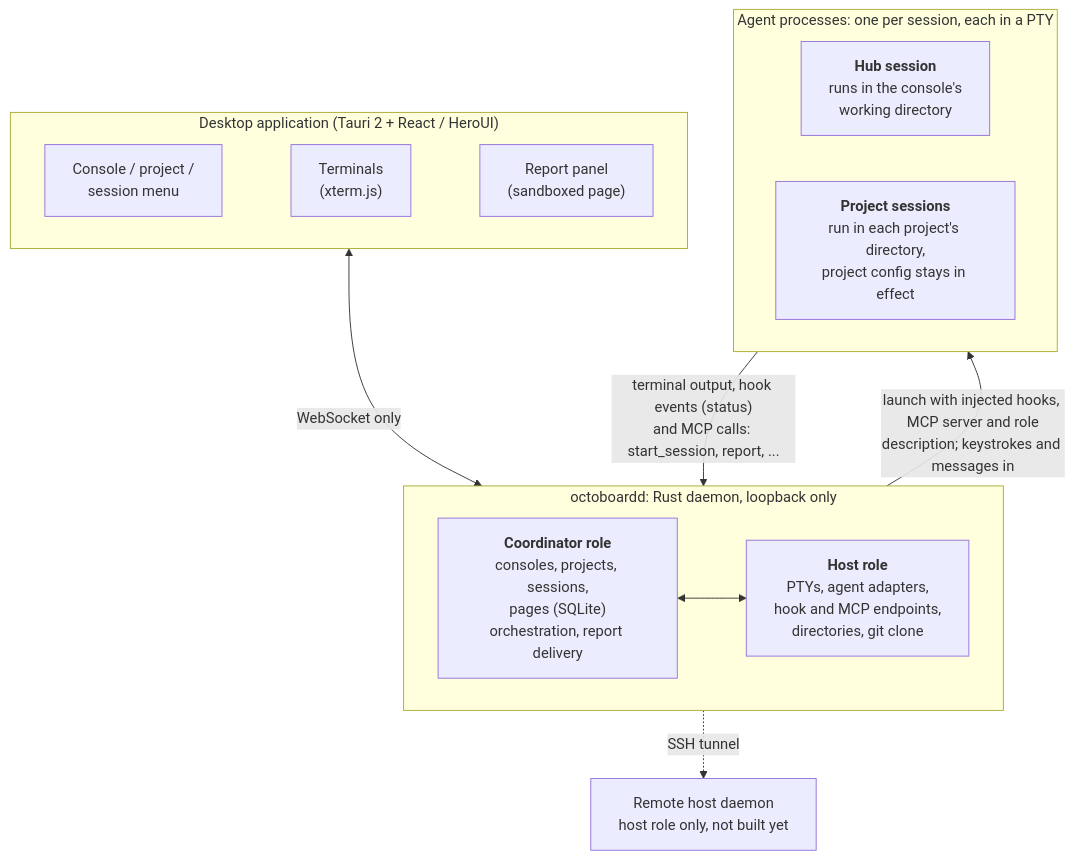
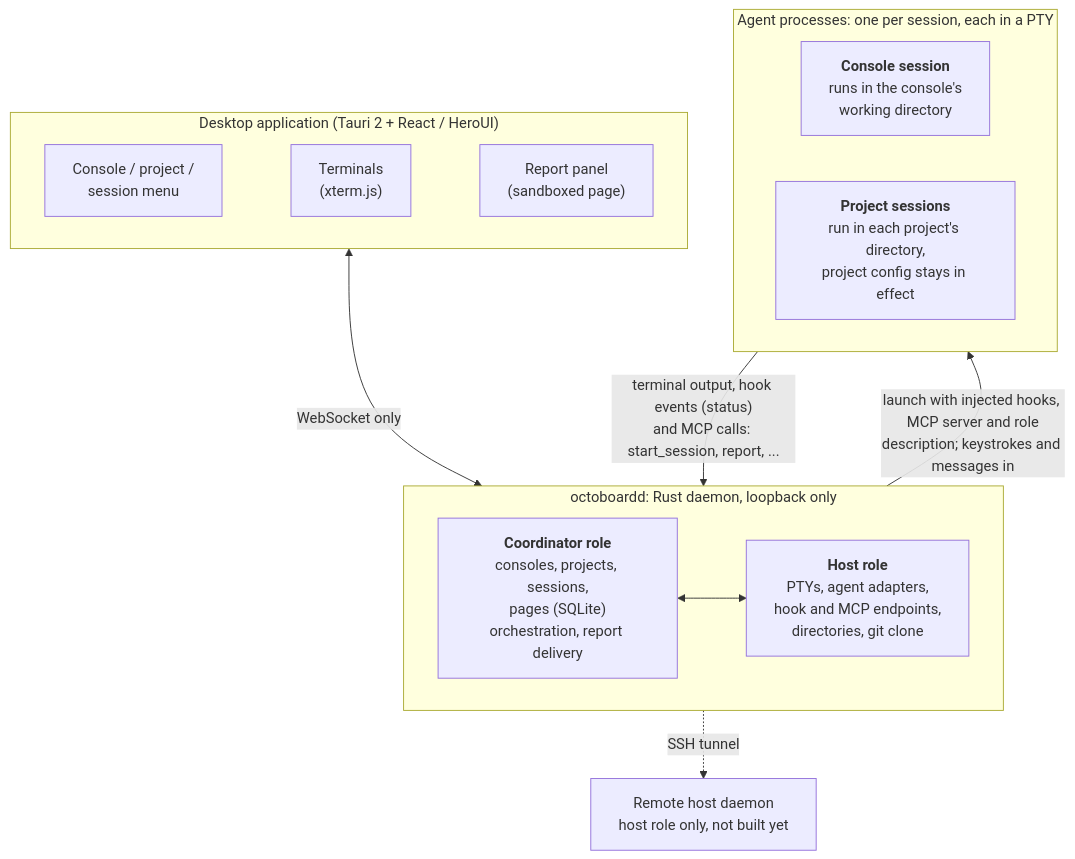
The diagram in README.md (baijunjie/octoboard), drawn with Mermaid before and after one commit. The commit also changed other lines of this file and 67 other files, not shown here.

````diff
--- a/README.md
+++ b/README.md
@@ -38,30 +39,30 @@
 ```mermaid
 flowchart TB
     subgraph App["Desktop application (Tauri 2 + React / HeroUI)"]
         direction LR
         Menu["Console / project /<br/>session menu"]
         Term["Terminals<br/>(xterm.js)"]
         Panel["Report panel<br/>(sandboxed page)"]
         Menu ~~~ Term ~~~ Panel
     end
 
     subgraph Daemon["octoboardd: Rust daemon, loopback only"]
         direction LR
         Coord["<b>Coordinator role</b><br/>consoles, projects, sessions,<br/>pages (SQLite)<br/>orchestration, report delivery"]
         Host["<b>Host role</b><br/>PTYs, agent adapters,<br/>hook and MCP endpoints,<br/>directories, git clone"]
         Coord <--> Host
     end
 
     subgraph Agents["Agent processes: one per session, each in a PTY"]
         direction LR
-        Hub["<b>Hub session</b><br/>runs in the console's<br/>working directory"]
+        ConsoleSession["<b>Console session</b><br/>runs in the console's<br/>working directory"]
         Work["<b>Project sessions</b><br/>run in each project's directory,<br/>project config stays in effect"]
     end
 
     Remote["Remote host daemon<br/>host role only, not built yet"]
 
     App <-->|"WebSocket only"| Daemon
     Daemon -->|"launch with injected hooks, MCP server and role<br/>description; keystrokes and messages in"| Agents
     Agents -->|"terminal output, hook events (status)<br/>and MCP calls: start_session, report, ..."| Daemon
     Daemon -.->|"SSH tunnel"| Remote
 ```
````
